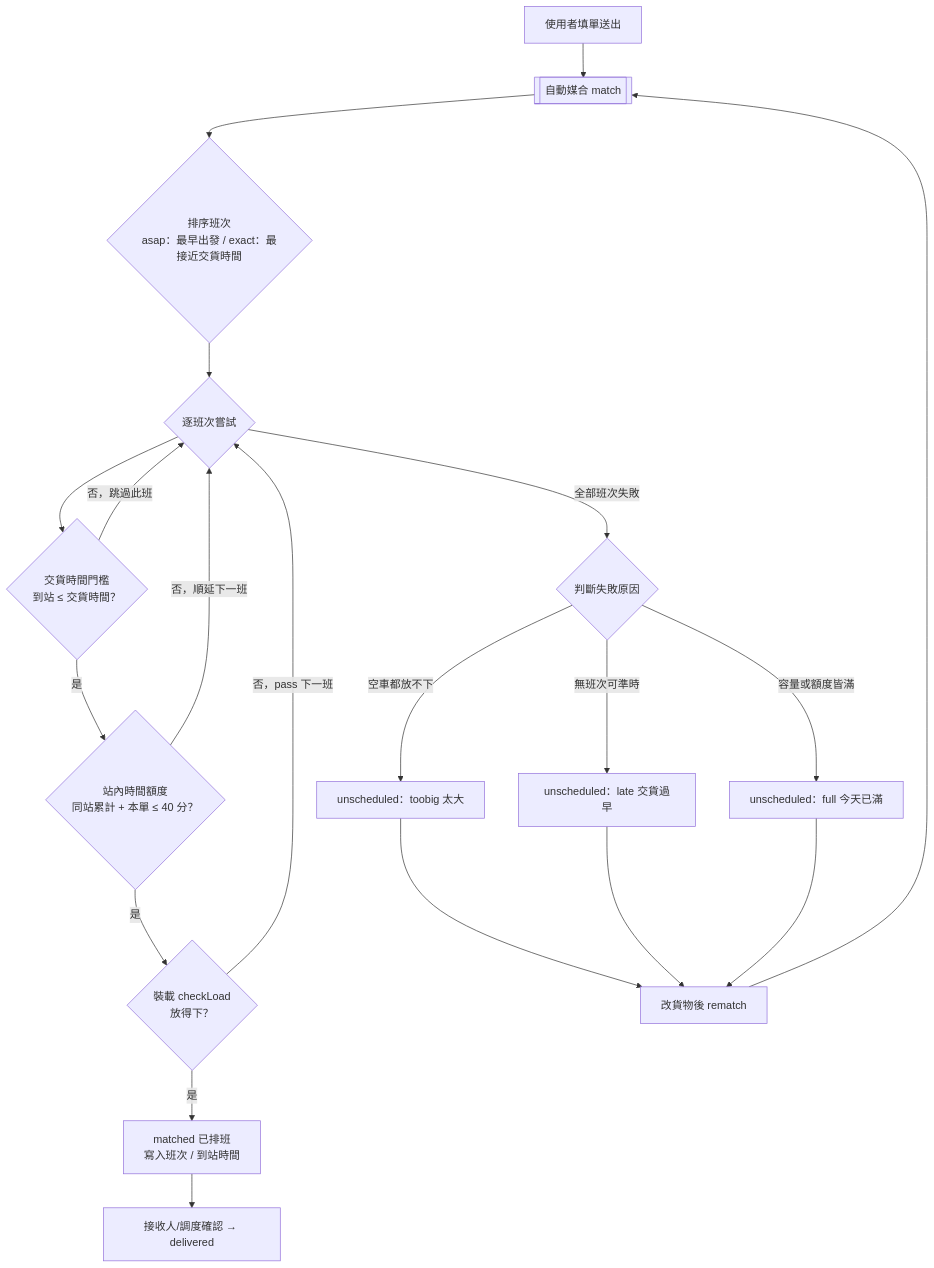
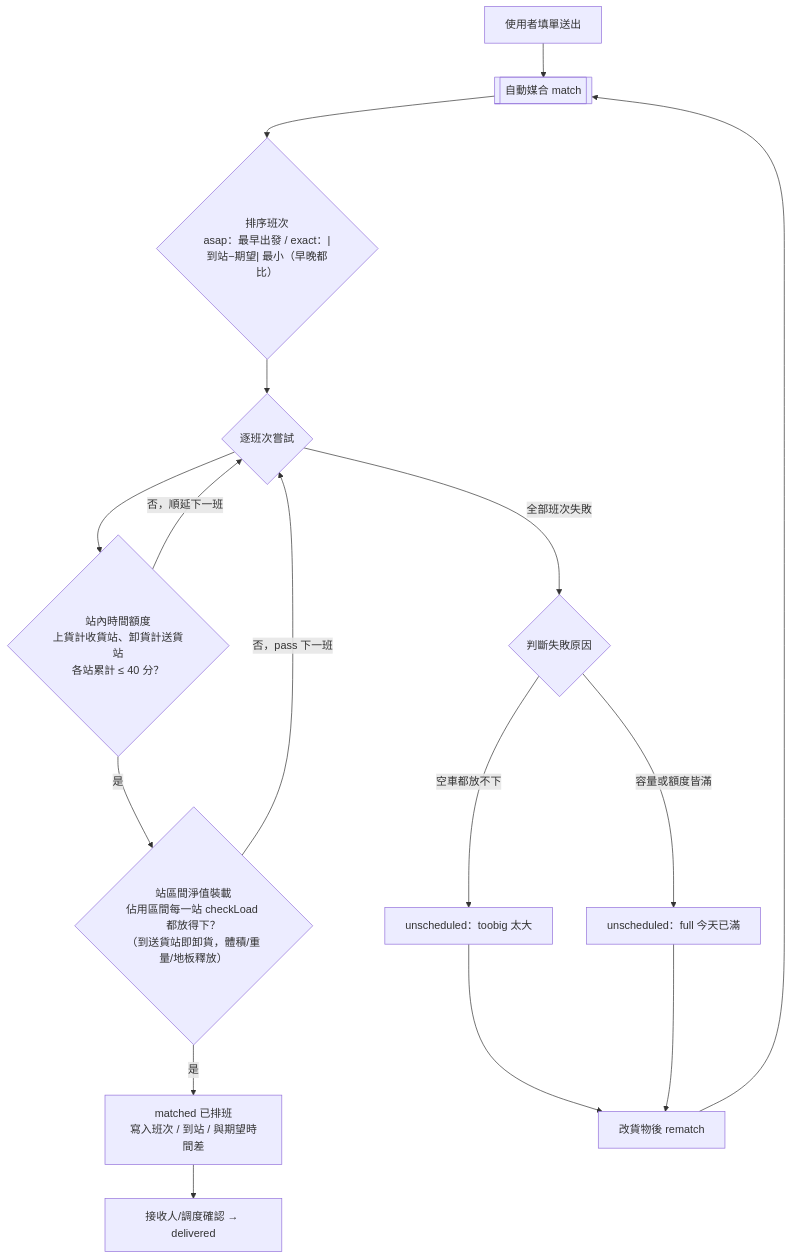
One commit to khcheng77/car-transport changed the first of 6 diagrams in docs/LOGIC.md. Above: the diagram before and after it, drawn with Mermaid. The commit also changed other lines of this file and 8 other files, not shown here.

````diff
--- a/docs/LOGIC.md
+++ b/docs/LOGIC.md
@@ -207,22 +242,18 @@
 ```mermaid
 flowchart TD
   A0["使用者填單送出"] --> A1[["自動媒合 match"]]
-  A1 --> A2{"排序班次<br/>asap：最早出發 / exact：最接近交貨時間"}
+  A1 --> A2{"排序班次<br/>asap：最早出發 / exact：|到站−期望| 最小（早晚都比）"}
   A2 --> A3{"逐班次嘗試"}
-  A3 --> C1{"交貨時間門檻<br/>到站 ≤ 交貨時間？"}
-  C1 -- 否，跳過此班 --> A3
-  C1 -- 是 --> C2{"站內時間額度<br/>同站累計 + 本單 ≤ 40 分？"}
+  A3 --> C2{"站內時間額度<br/>上貨計收貨站、卸貨計送貨站<br/>各站累計 ≤ 40 分？"}
   C2 -- 否，順延下一班 --> A3
-  C2 -- 是 --> C3{"裝載 checkLoad<br/>放得下？"}
-  C3 -- 是 --> M["matched 已排班<br/>寫入班次 / 到站時間"]
+  C2 -- 是 --> C3{"站區間淨值裝載<br/>佔用區間每一站 checkLoad 都放得下？<br/>（到送貨站即卸貨，體積/重量/地板釋放）"}
+  C3 -- 是 --> M["matched 已排班<br/>寫入班次 / 到站 / 與期望時間差"]
   C3 -- 否，pass 下一班 --> A3
   A3 -- 全部班次失敗 --> F{"判斷失敗原因"}
   F -- 空車都放不下 --> Ft["unscheduled：toobig 太大"]
-  F -- 無班次可準時 --> Fl["unscheduled：late 交貨過早"]
   F -- 容量或額度皆滿 --> Fu["unscheduled：full 今天已滿"]
   M --> D["接收人/調度確認 → delivered"]
   Ft --> R["改貨物後 rematch"]
-  Fl --> R
   Fu --> R
   R --> A1
 ```
````
